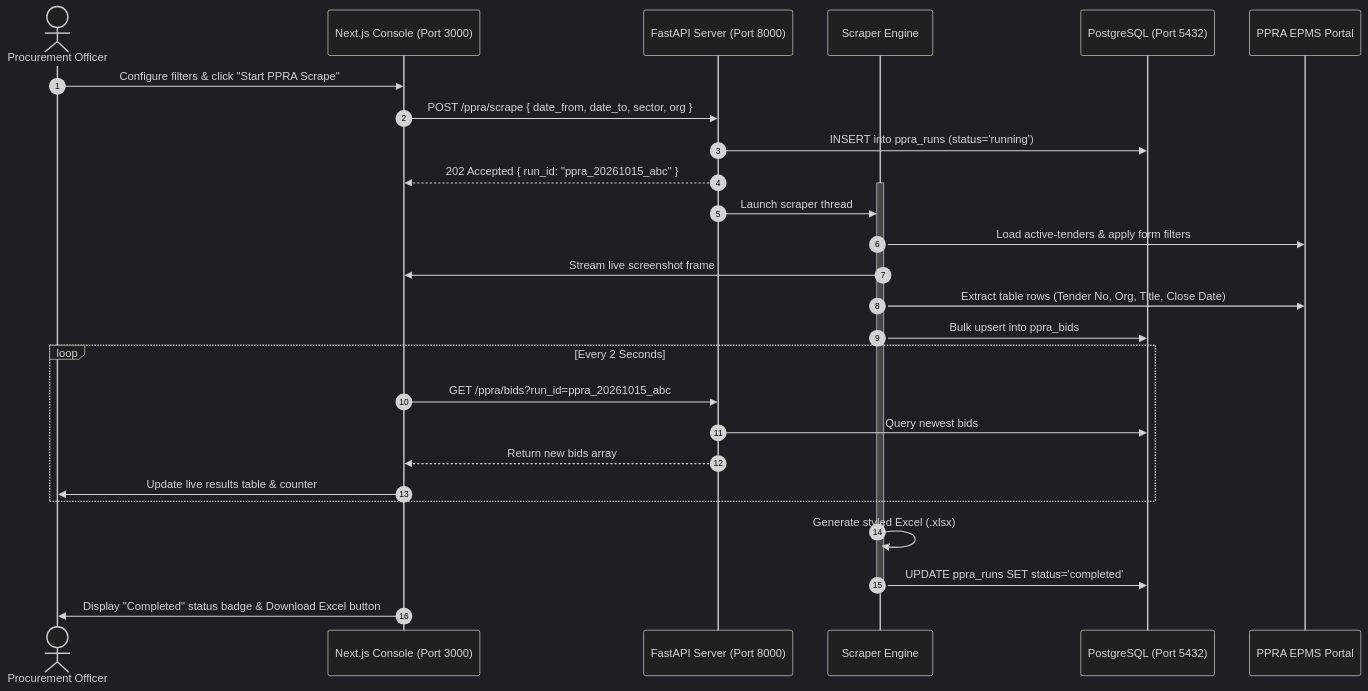
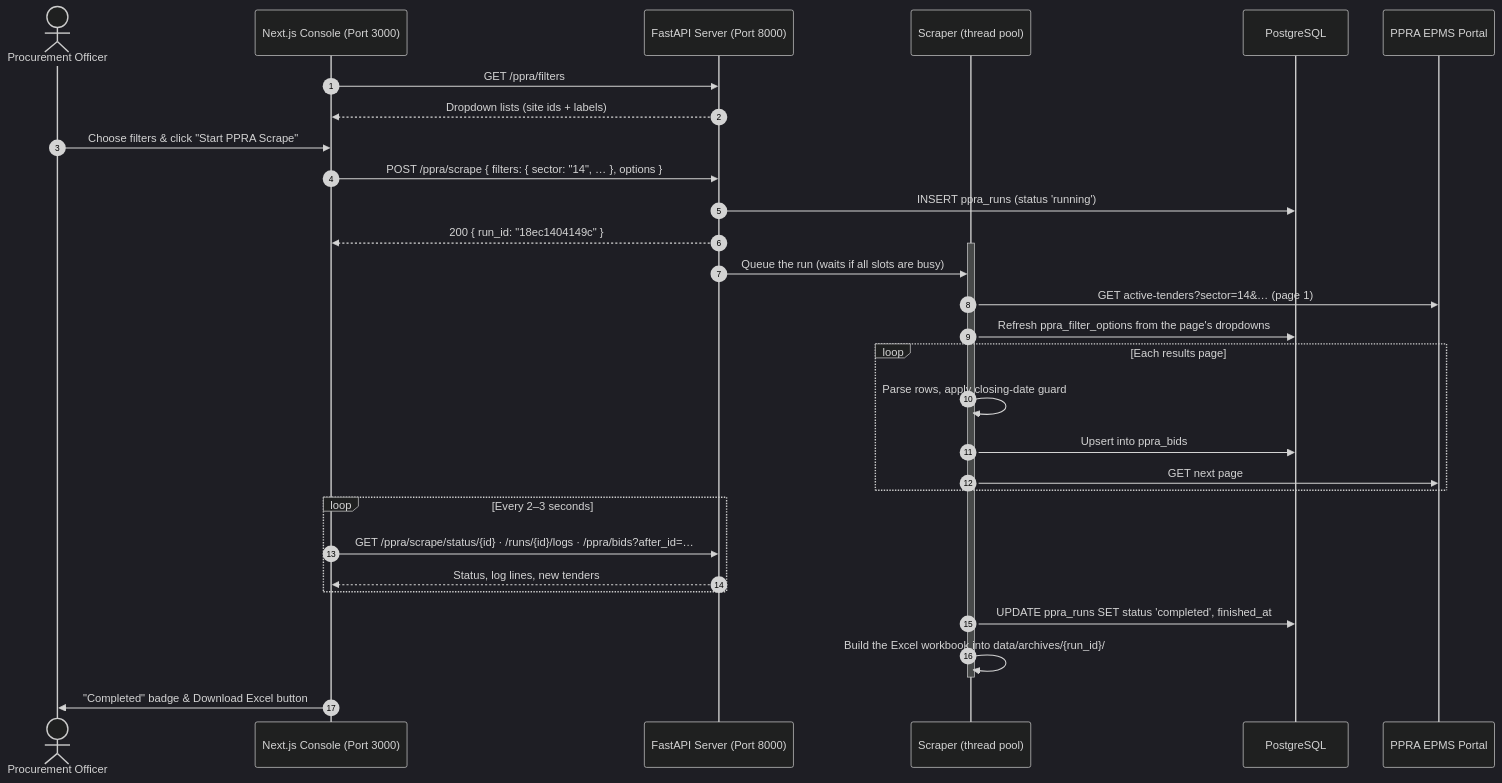
One commit to alihabib5/pk-scraping-hub changed the second of 2 diagrams in README.md. Above: the diagram before and after it, drawn with Mermaid (dark theme). The commit also changed other lines of this file and 60 other files, not shown here.

First line of the commit message:
Refactor PPRA scraper and related components

````diff
--- a/README.md
+++ b/README.md
@@ -87,35 +86,39 @@
 ```mermaid
 sequenceDiagram
     autonumber
     actor User as Procurement Officer
     participant Console as Next.js Console (Port 3000)
     participant API as FastAPI Server (Port 8000)
-    participant Worker as Scraper Engine
-    participant DB as PostgreSQL (Port 5432)
+    participant Worker as Scraper (thread pool)
+    participant DB as PostgreSQL
     participant EPMS as PPRA EPMS Portal
 
-    User->>Console: Configure filters & click "Start PPRA Scrape"
-    Console->>API: POST /ppra/scrape { date_from, date_to, sector, org }
-    API->>DB: INSERT into ppra_runs (status='running')
-    API-->>Console: 202 Accepted { run_id: "ppra_20261015_abc" }
-    
+    Console->>API: GET /ppra/filters
+    API-->>Console: Dropdown lists (site ids + labels)
+    User->>Console: Choose filters & click "Start PPRA Scrape"
+    Console->>API: POST /ppra/scrape { filters: { sector: "14", … }, options }
+    API->>DB: INSERT ppra_runs (status 'running')
+    API-->>Console: 200 { run_id: "18ec1404149c" }
+
     activate Worker
-    API->>Worker: Launch scraper thread
-    Worker->>EPMS: Load active-tenders & apply form filters
-    Worker->>Console: Stream live screenshot frame
-    Worker->>EPMS: Extract table rows (Tender No, Org, Title, Close Date)
-    Worker->>DB: Bulk upsert into ppra_bids
-    
-    loop Every 2 Seconds
-        Console->>API: GET /ppra/bids?run_id=ppra_20261015_abc
-        API->>DB: Query newest bids
-        API-->>Console: Return new bids array
-        Console->>User: Update live results table & counter
+    API->>Worker: Queue the run (waits if all slots are busy)
+    Worker->>EPMS: GET active-tenders?sector=14&… (page 1)
+    Worker->>DB: Refresh ppra_filter_options from the page's dropdowns
+
+    loop Each results page
+        Worker->>Worker: Parse rows, apply closing-date guard
+        Worker->>DB: Upsert into ppra_bids
+        Worker->>EPMS: GET next page
     end
 
-    Worker->>Worker: Generate styled Excel (.xlsx)
-    Worker->>DB: UPDATE ppra_runs SET status='completed'
+    loop Every 2–3 seconds
+        Console->>API: GET /ppra/scrape/status/{id} · /runs/{id}/logs · /ppra/bids?after_id=…
+        API-->>Console: Status, log lines, new tenders
+    end
+
+    Worker->>DB: UPDATE ppra_runs SET status 'completed', finished_at
+    Worker->>Worker: Build the Excel workbook into data/archives/{run_id}/
     deactivate Worker
-    
-    Console->>User: Display "Completed" status badge & Download Excel button
+
+    Console->>User: "Completed" badge & Download Excel button
 ```
````
